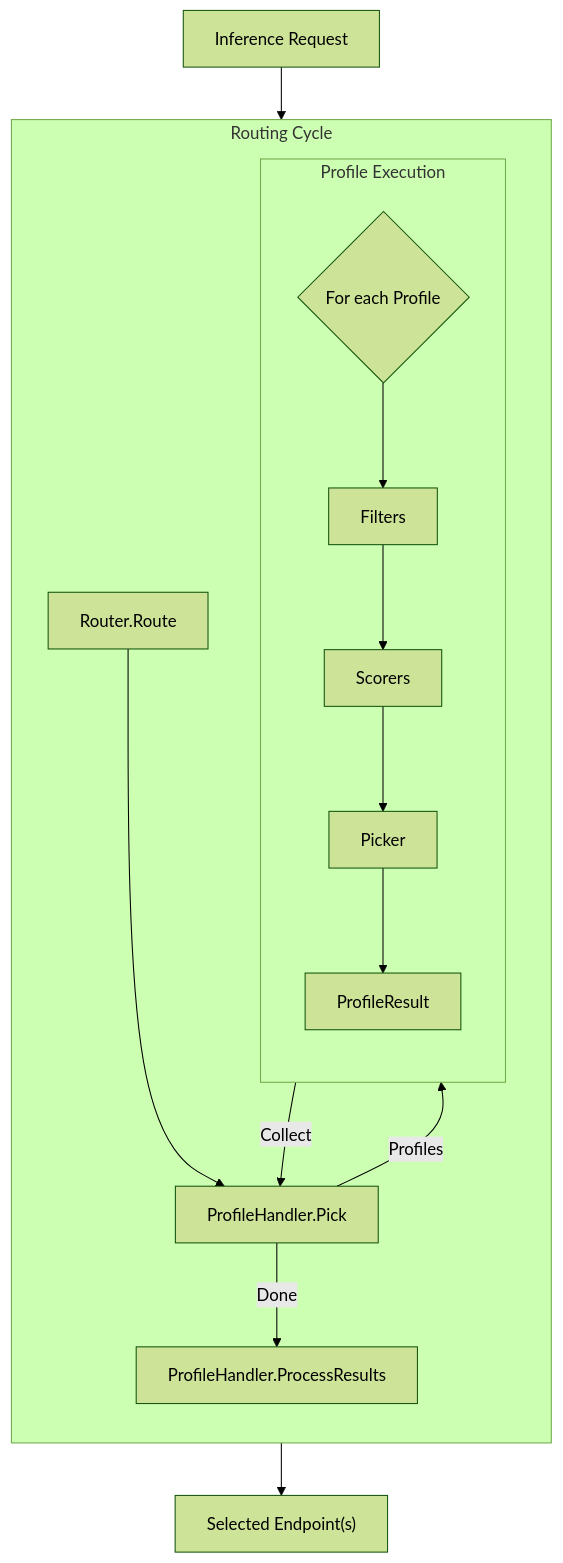
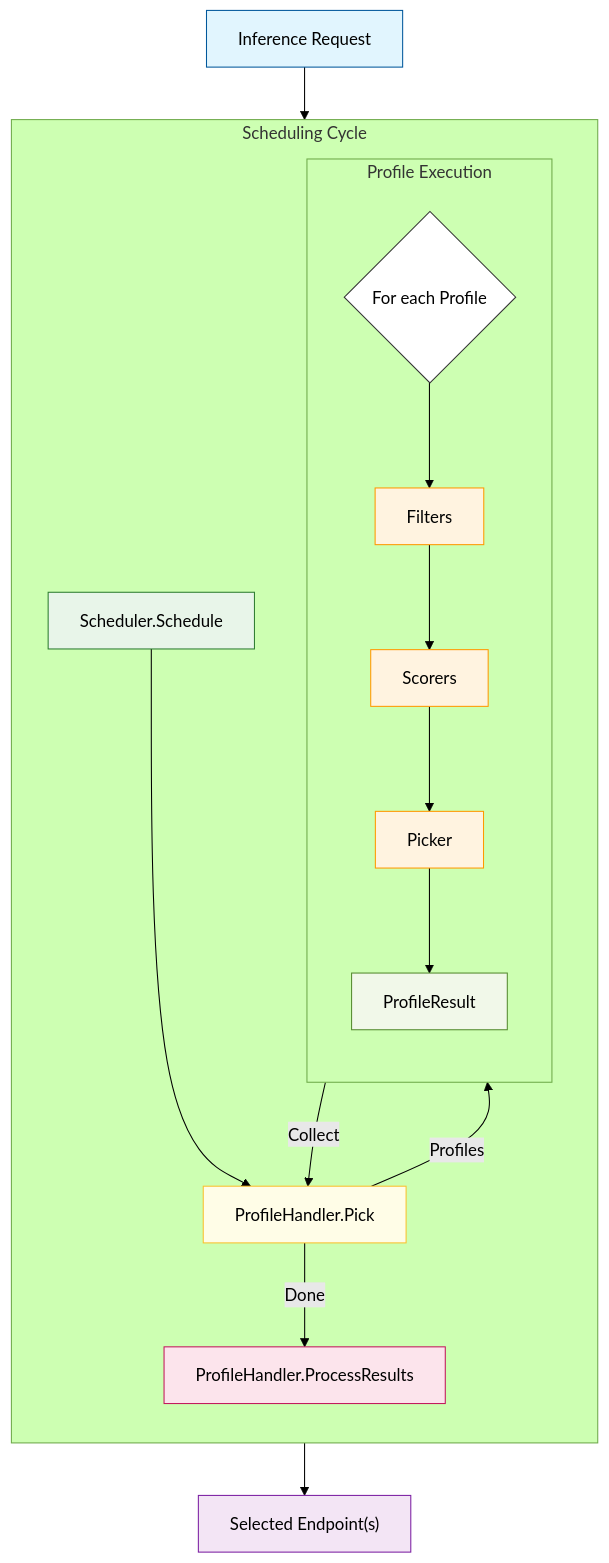
One commit to ahg-g/llm-d changed the first of 2 diagrams in docs/wip-docs-new/architecture/core/router/epp/scheduling.md. Above: the diagram before and after it, drawn with Mermaid (forest theme). The commit also changed other lines of this file and 18 other files, not shown here.

````diff
--- a/docs/wip-docs-new/architecture/core/router/epp/scheduling.md
+++ b/docs/wip-docs-new/architecture/core/router/epp/scheduling.md
@@ -9,23 +9,34 @@
 ```mermaid
 flowchart TD
-    Req[Inference Request] --> S[Router.Route]
+    Req[Inference Request] --> S[Scheduler.Schedule]
 
-    subgraph Cycle [Routing Cycle]
+    subgraph Cycle [Scheduling Cycle]
         direction TD
         S --> Pick[ProfileHandler.Pick]
         Pick -->|Profiles| Loop{For each Profile}
 
         subgraph Exec [Profile Execution]
             direction TD
             Loop --> Filters[Filters]
             Filters --> Scorers[Scorers]
             Scorers --> Picker[Picker]
             Picker --> Result[ProfileResult]
         end
-
         Result -->|Collect| Pick
         Pick -->|Done| PRs[ProfileHandler.ProcessResults]
     end
 
     PRs --> Target["Selected Endpoint(s)"]
+
+    %% Styling
+    style Req fill:#e1f5fe,stroke:#01579b,color:#000
+    style S fill:#e8f5e9,stroke:#2e7d32,color:#000
+    style Pick fill:#fffde7,stroke:#fbc02d,color:#000
+    style Loop fill:#fff,stroke:#333,color:#000
+    style Filters fill:#fff3e0,stroke:#ff9800,color:#000
+    style Scorers fill:#fff3e0,stroke:#ff9800,color:#000
+    style Picker fill:#fff3e0,stroke:#ff9800,color:#000
+    style Result fill:#f1f8e9,stroke:#558b2f,color:#000
+    style PRs fill:#fce4ec,stroke:#c2185b,color:#000
+    style Target fill:#f3e5f5,stroke:#7b1fa2,color:#000
 ```
````
